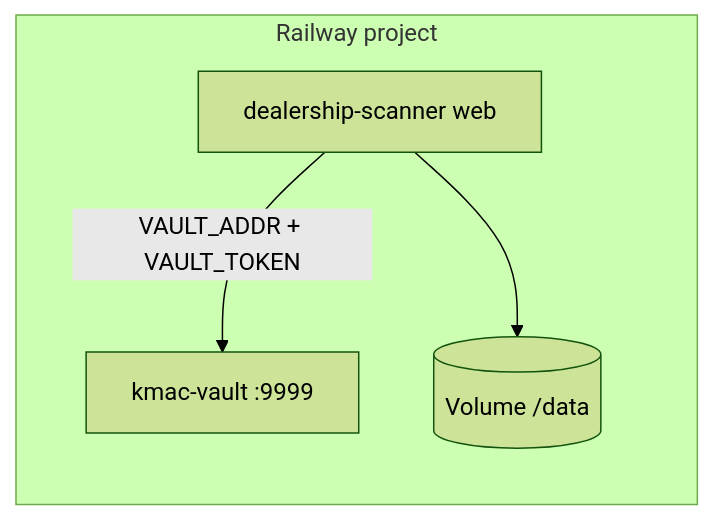
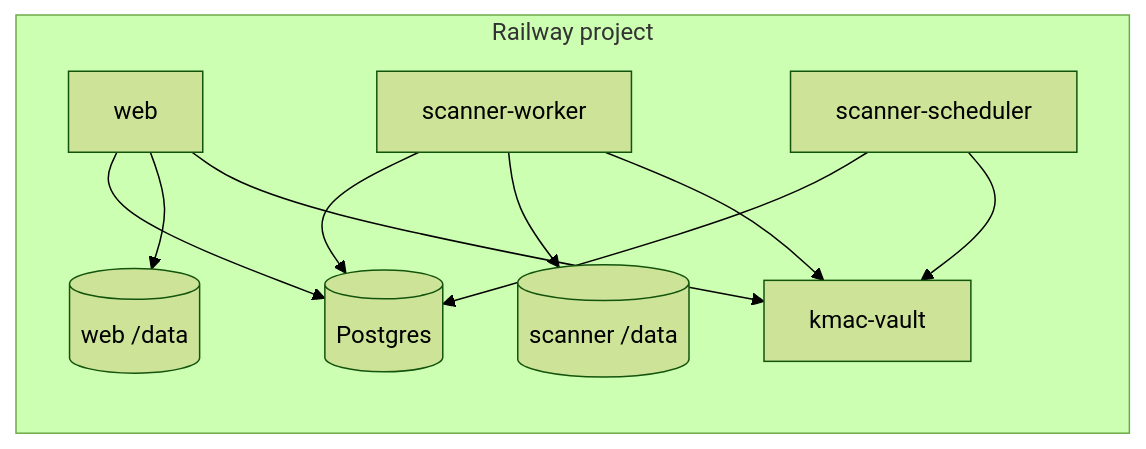
Before and after one commit to asarrafi47/DealershipScanner: the diagram in deploy/railway/README.md, drawn with Mermaid (forest theme). The commit also changed other lines of this file and 10 other files, not shown here.

````diff
--- a/deploy/railway/README.md
+++ b/deploy/railway/README.md
@@ -7,10 +7,20 @@
 ```mermaid
 flowchart LR
   subgraph railway [Railway project]
-    Web[dealership-scanner web]
-    Vault[kmac-vault :9999]
-    Vol[(Volume /data)]
+    Web[web]
+    PG[(Postgres)]
+    W1[scanner-worker]
+    SCH[scanner-scheduler]
+    Vault[kmac-vault]
+    VolW[(web /data)]
+    VolS[(scanner /data)]
   end
-  Web -->|"VAULT_ADDR + VAULT_TOKEN"| Vault
-  Web --> Vol
+  Web --> PG
+  Web --> VolW
+  W1 --> PG
+  W1 --> VolS
+  SCH --> PG
+  Web --> Vault
+  W1 --> Vault
+  SCH --> Vault
 ```
````
